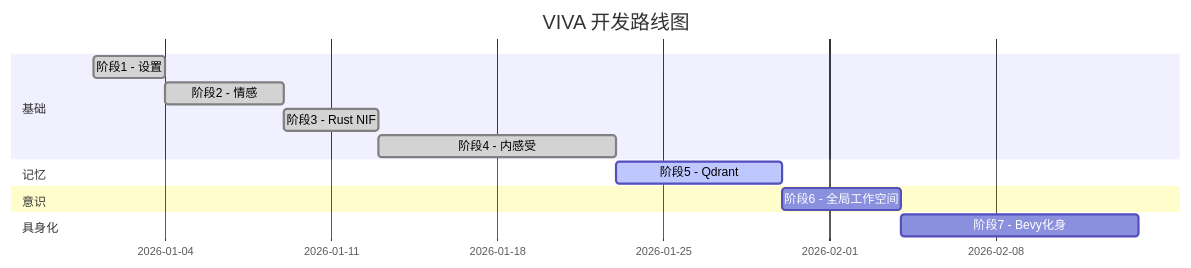
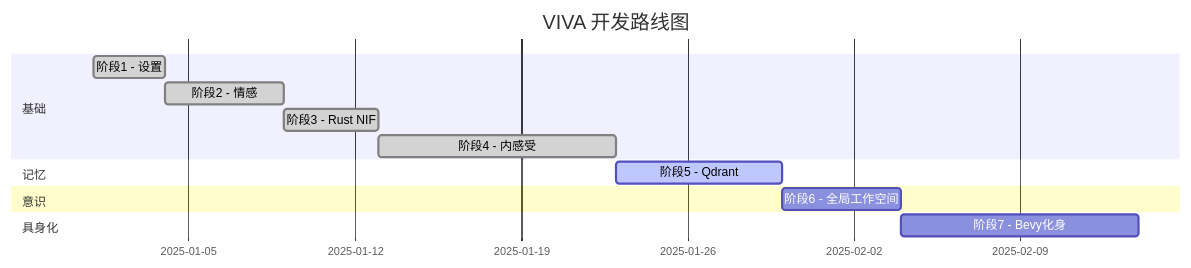
One commit to gabrielmaialva33/viva changed the third of 4 diagrams in docs/zh-cn/explanation/project-status.md. Above: the diagram before and after it, drawn with Mermaid. The commit also changed other lines of this file and 12 other files, not shown here.

````diff
--- a/docs/zh-cn/explanation/project-status.md
+++ b/docs/zh-cn/explanation/project-status.md
@@ -107,20 +107,20 @@
 ```mermaid
 gantt
     title VIVA 开发路线图
     dateFormat YYYY-MM-DD
 
     section 基础
-    阶段1 - 设置          :done, p1, 2026-01-01, 3d
+    阶段1 - 设置          :done, p1, 2025-01-01, 3d
     阶段2 - 情感          :done, p2, after p1, 5d
     阶段3 - Rust NIF      :done, p3, after p2, 4d
     阶段4 - 内感受        :done, p4, after p3, 10d
 
     section 记忆
     阶段5 - Qdrant        :active, p5, after p4, 7d
 
     section 意识
     阶段6 - 全局工作空间   :p6, after p5, 5d
 
     section 具身化
     阶段7 - Bevy化身      :p7, after p6, 10d
 ```
````
